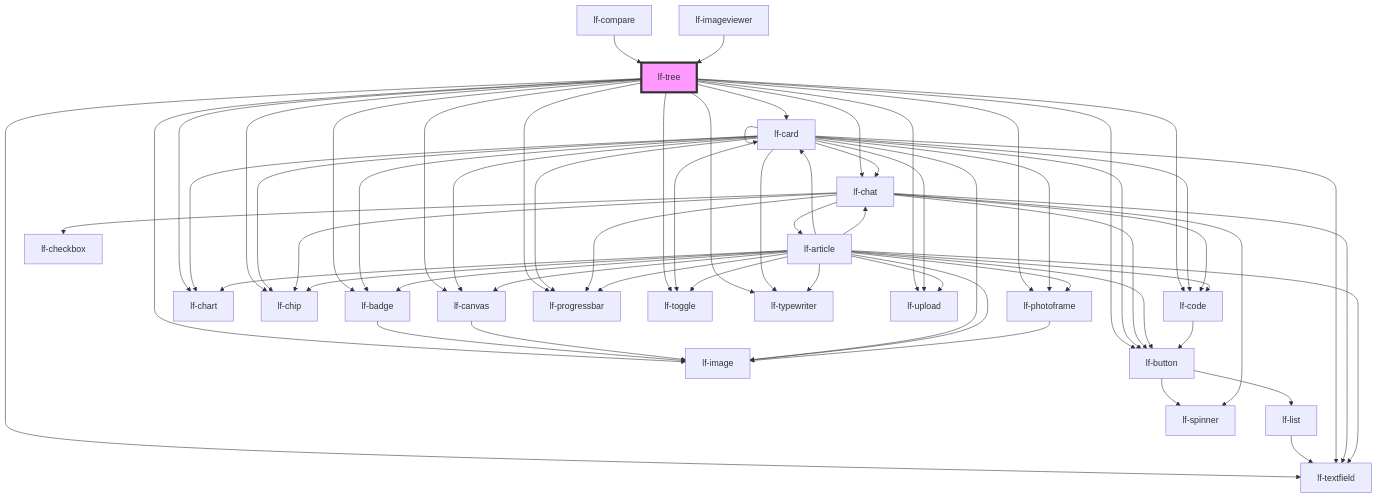
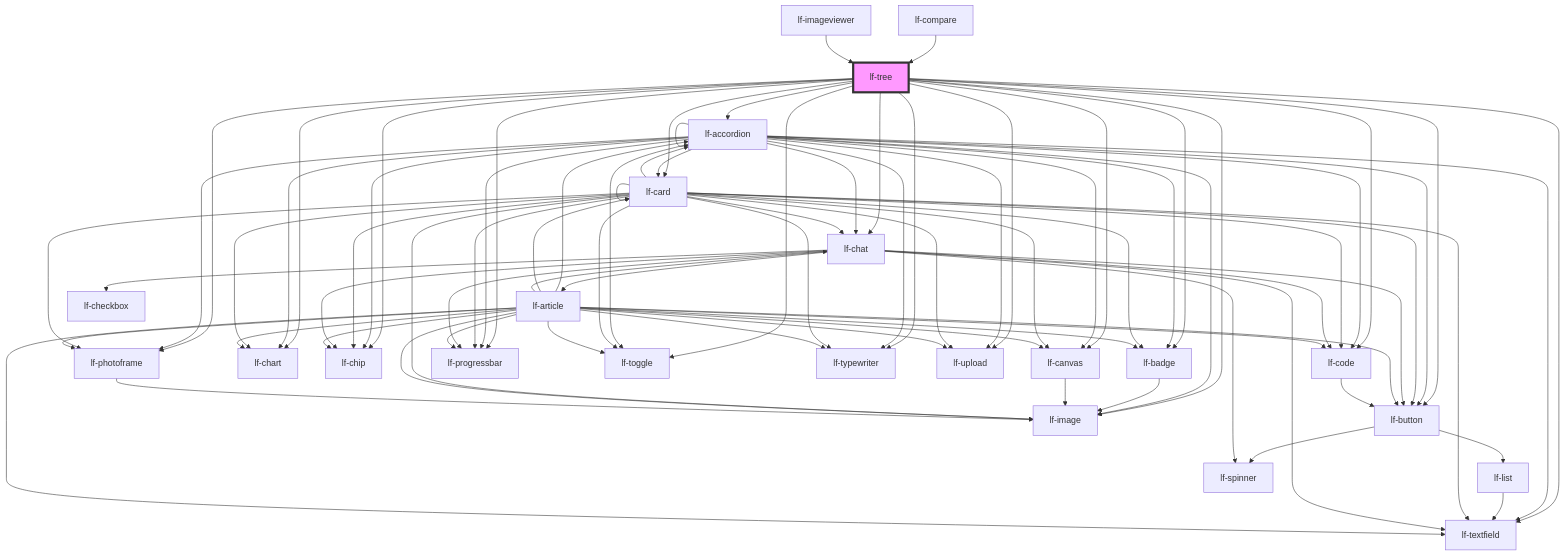
The diagram in packages/core/src/components/lf-tree/readme.md (lucafoscili/lf-widgets), drawn with Mermaid before and after one commit. The commit also changed other lines of this file and 23 other files, not shown here.

````diff
--- a/packages/core/src/components/lf-tree/readme.md
+++ b/packages/core/src/components/lf-tree/readme.md
@@ -201,6 +202,7 @@
 ```mermaid
 graph TD;
   lf-tree --> lf-textfield
+  lf-tree --> lf-accordion
   lf-tree --> lf-badge
   lf-tree --> lf-button
   lf-tree --> lf-canvas
@@ -215,11 +217,28 @@
   lf-tree --> lf-toggle
   lf-tree --> lf-typewriter
   lf-tree --> lf-upload
+  lf-accordion --> lf-accordion
+  lf-accordion --> lf-badge
+  lf-accordion --> lf-button
+  lf-accordion --> lf-canvas
+  lf-accordion --> lf-card
+  lf-accordion --> lf-chart
+  lf-accordion --> lf-chat
+  lf-accordion --> lf-chip
+  lf-accordion --> lf-code
+  lf-accordion --> lf-image
+  lf-accordion --> lf-photoframe
+  lf-accordion --> lf-progressbar
+  lf-accordion --> lf-textfield
+  lf-accordion --> lf-toggle
+  lf-accordion --> lf-typewriter
+  lf-accordion --> lf-upload
   lf-badge --> lf-image
   lf-button --> lf-list
   lf-button --> lf-spinner
   lf-list --> lf-textfield
   lf-canvas --> lf-image
+  lf-card --> lf-accordion
   lf-card --> lf-badge
   lf-card --> lf-button
   lf-card --> lf-canvas
@@ -243,6 +262,7 @@
   lf-chat --> lf-progressbar
   lf-chat --> lf-code
   lf-chat --> lf-checkbox
+  lf-article --> lf-accordion
   lf-article --> lf-badge
   lf-article --> lf-button
   lf-article --> lf-canvas
````
